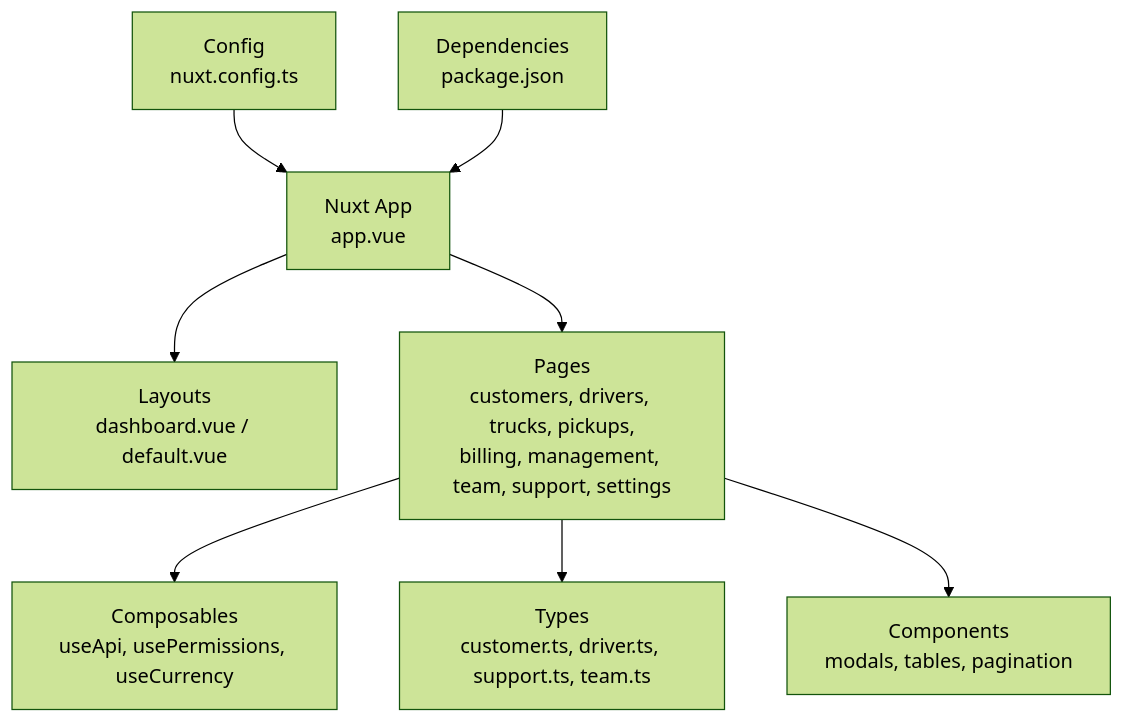
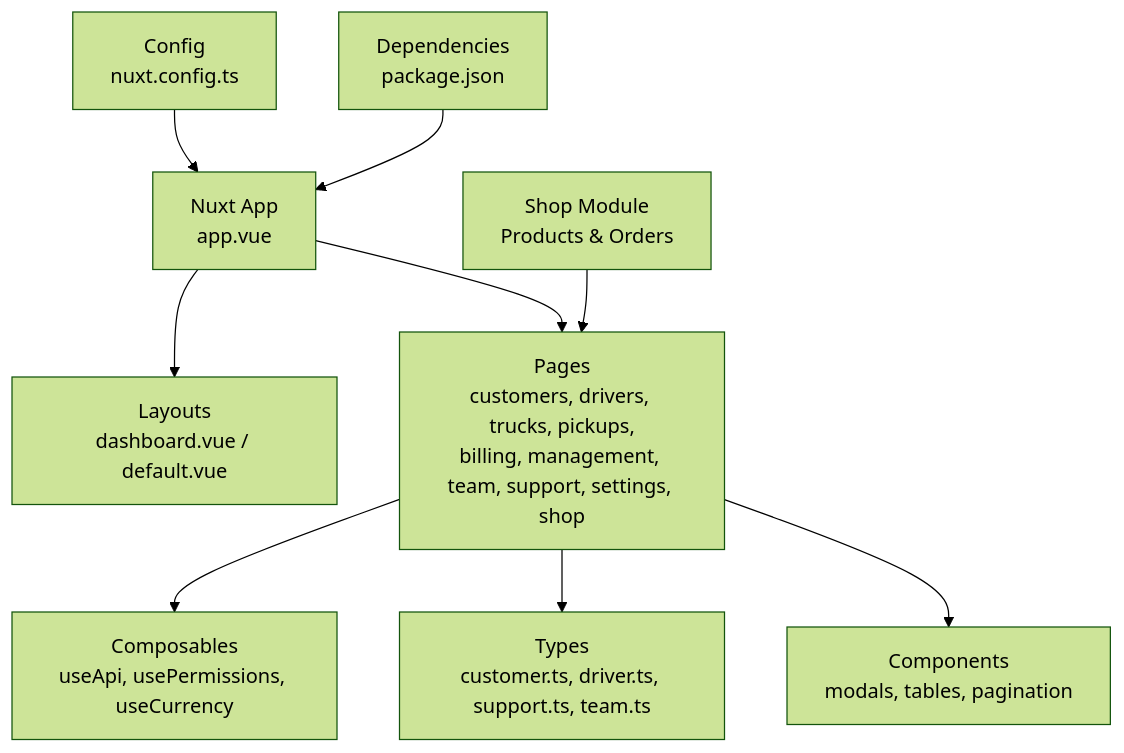
One commit to Lazynerd-Studios/lacarte-atlas-console changed the first of 14 diagrams in .qoder/repowiki/en/content/Business Modules/Business Modules.md. Above: the diagram before and after it, drawn with Mermaid (forest theme). The commit also changed other lines of this file and 23 other files, not shown here.

````diff
--- a/.qoder/repowiki/en/content/Business Modules/Business Modules.md
+++ b/.qoder/repowiki/en/content/Business Modules/Business Modules.md
@@ -54,10 +58,11 @@
 ```mermaid
 graph TB
 A["Nuxt App<br/>app.vue"] --> B["Layouts<br/>dashboard.vue / default.vue"]
-A --> C["Pages<br/>customers, drivers, trucks, pickups,<br/>billing, management, team, support, settings"]
+A --> C["Pages<br/>customers, drivers, trucks, pickups,<br/>billing, management, team, support, settings, shop"]
 C --> D["Composables<br/>useApi, usePermissions, useCurrency"]
 C --> E["Types<br/>customer.ts, driver.ts, support.ts, team.ts"]
 C --> F["Components<br/>modals, tables, pagination"]
 G["Config<br/>nuxt.config.ts"] --> A
 H["Dependencies<br/>package.json"] --> A
+I["Shop Module<br/>Products & Orders"] --> C
 ```
````
